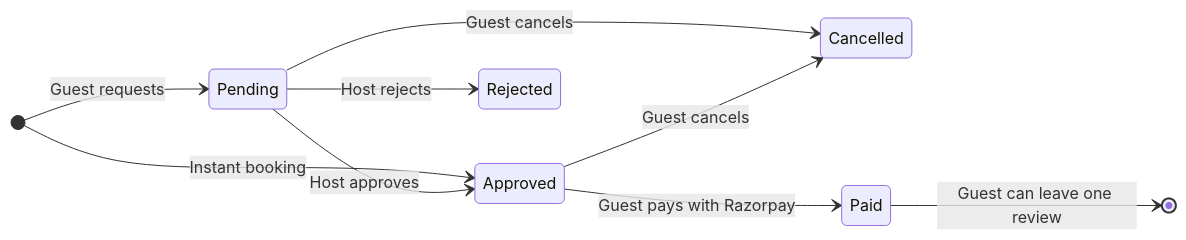
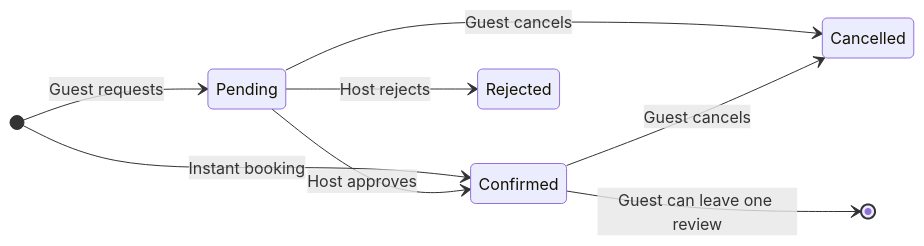
The first of 3 diagrams in README.md (saurabh-0905/Spacio), drawn with Mermaid before and after one commit. The commit also changed other lines of this file and 33 other files, not shown here.

````diff
--- a/README.md
+++ b/README.md
@@ -150,12 +155,11 @@
 ```mermaid
 stateDiagram-v2
     direction LR
     [*] --> Pending: Guest requests
-    [*] --> Approved: Instant booking
-    Pending --> Approved: Host approves
+    [*] --> Confirmed: Instant booking
+    Pending --> Confirmed: Host approves
     Pending --> Rejected: Host rejects
     Pending --> Cancelled: Guest cancels
-    Approved --> Paid: Guest pays with Razorpay
-    Approved --> Cancelled: Guest cancels
-    Paid --> [*]: Guest can leave one review
+    Confirmed --> Cancelled: Guest cancels
+    Confirmed --> [*]: Guest can leave one review
 ```
````
